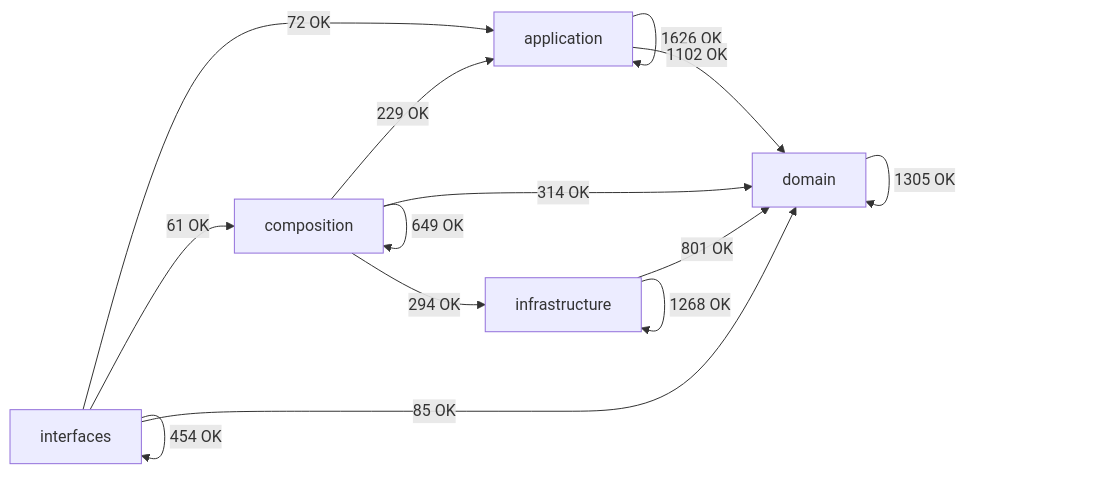
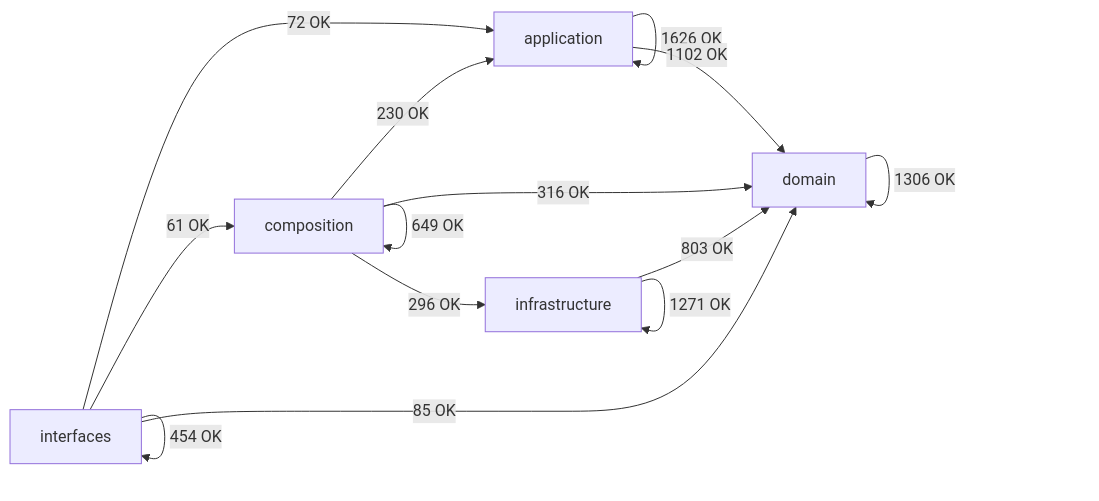
One commit to SatoryKono/BioactivityDataAcquisition changed the diagram in docs/02-architecture/generated/module-dependency-map.md. Above: the diagram before and after it, drawn with Mermaid. The commit also changed other lines of this file and 19 other files, not shown here.

````diff
--- a/docs/02-architecture/generated/module-dependency-map.md
+++ b/docs/02-architecture/generated/module-dependency-map.md
@@ -17,21 +17,21 @@
 ```mermaid
 flowchart LR
     domain[domain]
     application[application]
     infrastructure[infrastructure]
     composition[composition]
     interfaces[interfaces]
     application -->|1626 OK| application
     application -->|1102 OK| domain
-    composition -->|229 OK| application
+    composition -->|230 OK| application
     composition -->|649 OK| composition
-    composition -->|314 OK| domain
-    composition -->|294 OK| infrastructure
-    domain -->|1305 OK| domain
-    infrastructure -->|801 OK| domain
-    infrastructure -->|1268 OK| infrastructure
+    composition -->|316 OK| domain
+    composition -->|296 OK| infrastructure
+    domain -->|1306 OK| domain
+    infrastructure -->|803 OK| domain
+    infrastructure -->|1271 OK| infrastructure
     interfaces -->|72 OK| application
     interfaces -->|61 OK| composition
     interfaces -->|85 OK| domain
     interfaces -->|454 OK| interfaces
 ```
````
